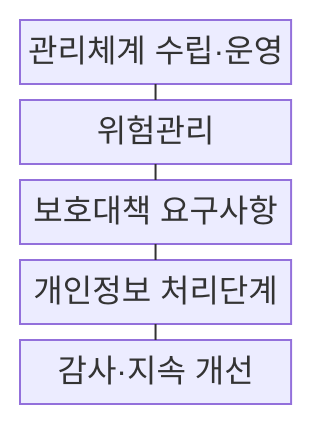
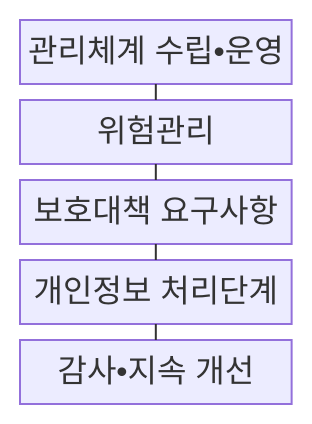
The first of 2 diagrams in src/content/docs/notes/05-security/103_isms_p.md (agnusdei1207/knowledge-base), drawn with Mermaid before and after one commit. The commit also changed other lines of this file and 953 other files, not shown here.

````diff
--- a/src/content/docs/notes/05-security/103_isms_p.md
+++ b/src/content/docs/notes/05-security/103_isms_p.md
@@ -64,13 +64,13 @@
 ```mermaid
 block-beta
   columns 1
-  G["관리체계 수립·운영"]
+  G["관리체계 수립•운영"]
   R["위험관리"]
   S["보호대책 요구사항"]
   P["개인정보 처리단계"]
-  I["감사·지속 개선"]
+  I["감사•지속 개선"]
   G --- R
   R --- S
   S --- P
   P --- I
 ```
````
